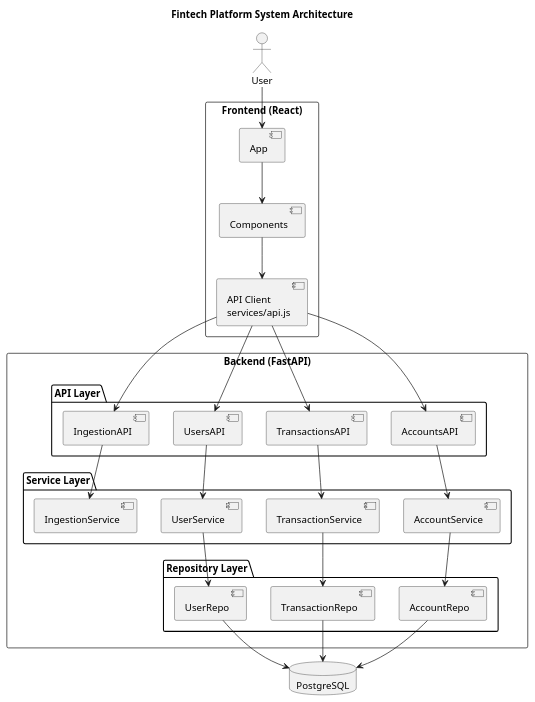
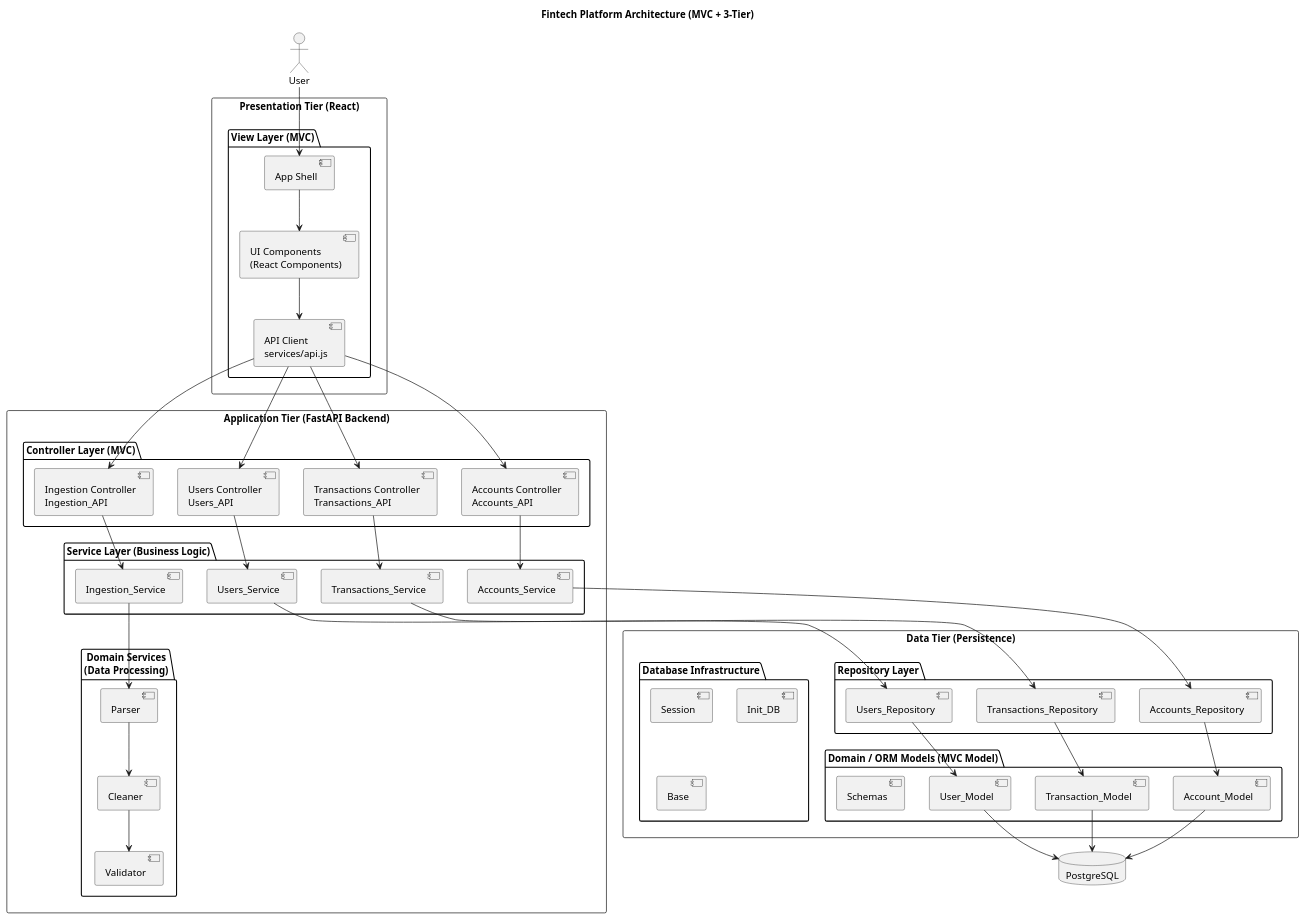
The diagram in docs/architecture/planned/system_architecture.puml (ruanbeets/fintech-platform), drawn with PlantUML before and after one commit. The commit also changed 1 other file, not shown here.

Commit message:
docs: updated planned infrastructure

```diff
--- a/docs/architecture/planned/system_architecture.puml
+++ b/docs/architecture/planned/system_architecture.puml
@@ -1,61 +1,141 @@
-@startuml SystemArchitecture
+@startuml FintechPlatform
 
-title Fintech Platform System Architecture
+title Fintech Platform Architecture (MVC + 3-Tier)
 
 actor User
 
-rectangle "Frontend (React)" {
-    component App
-    component Components
-    component "API Client\nservices/api.js" as APIClient
+' =========================
+' Presentation Tier
+' =========================
+rectangle "Presentation Tier (React)" {
+
+    package "View Layer (MVC)" {
+
+        component "App Shell" as App
+        component "UI Components\n(React Components)" as Components
+        component "API Client\nservices/api.js" as ApiClient
+
+    }
+
 }
 
-rectangle "Backend (FastAPI)" {
+' =========================
+' Application Tier
+' =========================
+rectangle "Application Tier (FastAPI Backend)" {
 
-    package "API Layer" {
-        component AccountsAPI
-        component TransactionsAPI
-        component UsersAPI
-        component IngestionAPI
+    package "Controller Layer (MVC)" {
+
+        component "Accounts Controller\nAccounts_API" as Accounts_API
+        component "Transactions Controller\nTransactions_API" as Transactions_API
+        component "Users Controller\nUsers_API" as Users_API
+        component "Ingestion Controller\nIngestion_API" as Ingestion_API
+
     }
 
-    package "Service Layer" {
-        component TransactionService
-        component AccountService
-        component UserService
-        component IngestionService
+    package "Service Layer (Business Logic)" {
+
+        component Accounts_Service
+        component Transactions_Service
+        component Users_Service
+        component Ingestion_Service
+
     }
 
+    package "Domain Services\n(Data Processing)" {
+
+        component Parser
+        component Cleaner
+        component Validator
+
+    }
+
+}
+
+' =========================
+' Data Tier
+' =========================
+rectangle "Data Tier (Persistence)" {
+
     package "Repository Layer" {
-        component TransactionRepo
-        component AccountRepo
-        component UserRepo
+
+        component Accounts_Repository
+        component Transactions_Repository
+        component Users_Repository
+
+    }
+
+    package "Domain / ORM Models (MVC Model)" {
+
+        component Account_Model
+        component Transaction_Model
+        component User_Model
+        component Schemas
+
+    }
+
+    package "Database Infrastructure" {
+
+        component Session
+        component Init_DB
+        component Base
+
     }
 
 }
 
 database DB as "PostgreSQL"
 
+' =========================
+' User Interaction
+' =========================
 User --> App
+
 App --> Components
-Components --> APIClient
+Components --> ApiClient
 
-APIClient --> AccountsAPI
-APIClient --> TransactionsAPI
-APIClient --> UsersAPI
-APIClient --> IngestionAPI
+' =========================
+' Controller interactions
+' =========================
+ApiClient --> Accounts_API
+ApiClient --> Transactions_API
+ApiClient --> Users_API
+ApiClient --> Ingestion_API
 
-AccountsAPI --> AccountService
-TransactionsAPI --> TransactionService
-UsersAPI --> UserService
-IngestionAPI --> IngestionService
+' =========================
+' Controllers -> Services
+' =========================
+Accounts_API --> Accounts_Service
+Transactions_API --> Transactions_Service
+Users_API --> Users_Service
+Ingestion_API --> Ingestion_Service
 
-TransactionService --> TransactionRepo
-AccountService --> AccountRepo
-UserService --> UserRepo
+' =========================
+' Ingestion Pipeline
+' =========================
+Ingestion_Service --> Parser
+Parser --> Cleaner
+Cleaner --> Validator
 
-TransactionRepo --> DB
-AccountRepo --> DB
-UserRepo --> DB
+' =========================
+' Services -> Repositories
+' =========================
+Accounts_Service --> Accounts_Repository
+Transactions_Service --> Transactions_Repository
+Users_Service --> Users_Repository
+
+' =========================
+' Repositories -> Models
+' =========================
+Accounts_Repository --> Account_Model
+Transactions_Repository --> Transaction_Model
+Users_Repository --> User_Model
+
+' =========================
+' Models -> Database
+' =========================
+Account_Model --> DB
+Transaction_Model --> DB
+User_Model --> DB
 
 @enduml
```
